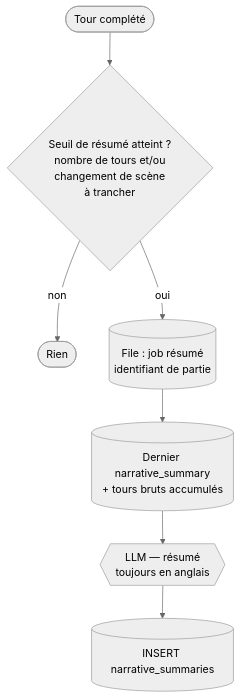
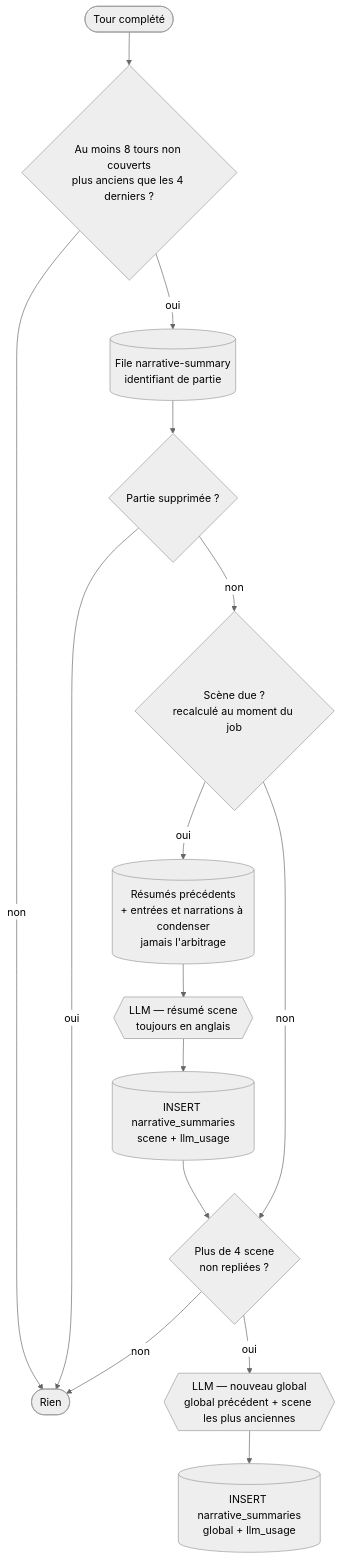
Diagram 12 of 14 in doc/flux-backend-tour-de-jeu-mj-virtuel.md (cyrilpointet/wanderlore), drawn with Mermaid (neutral theme) before and after one commit. The commit also changed other lines of this file and 8 other files, not shown here.

````diff
--- a/doc/flux-backend-tour-de-jeu-mj-virtuel.md
+++ b/doc/flux-backend-tour-de-jeu-mj-virtuel.md
@@ -381,9 +381,17 @@
 ```mermaid
 flowchart TD
-    A([Tour complété]) --> B{Seuil de résumé atteint ?<br/>nombre de tours et/ou<br/>changement de scène<br/>à trancher}
+    A([Tour complété]) --> B{Au moins 8 tours non couverts<br/>plus anciens que les 4 derniers ?}
     B -->|non| Z([Rien])
-    B -->|oui| C[(File : job résumé<br/>identifiant de partie)]
-    C --> D[(Dernier narrative_summary<br/>+ tours bruts accumulés)]
-    D --> E{{LLM — résumé<br/>toujours en anglais}}
-    E --> F[(INSERT narrative_summaries)]
+    B -->|oui| C[(File narrative-summary<br/>identifiant de partie)]
+    C --> P{Partie supprimée ?}
+    P -->|oui| Z
+    P -->|non| R{Scène due ?<br/>recalculé au moment du job}
+    R -->|oui| D[(Résumés précédents<br/>+ entrées et narrations à condenser<br/>jamais l'arbitrage)]
+    D --> E{{LLM — résumé scene<br/>toujours en anglais}}
+    E --> F[(INSERT narrative_summaries<br/>scene + llm_usage)]
+    F --> G{Plus de 4 scene<br/>non repliées ?}
+    R -->|non| G
+    G -->|oui| H{{LLM — nouveau global<br/>global précédent + scene les plus anciennes}}
+    H --> I[(INSERT narrative_summaries<br/>global + llm_usage)]
+    G -->|non| Z
 ```
````
